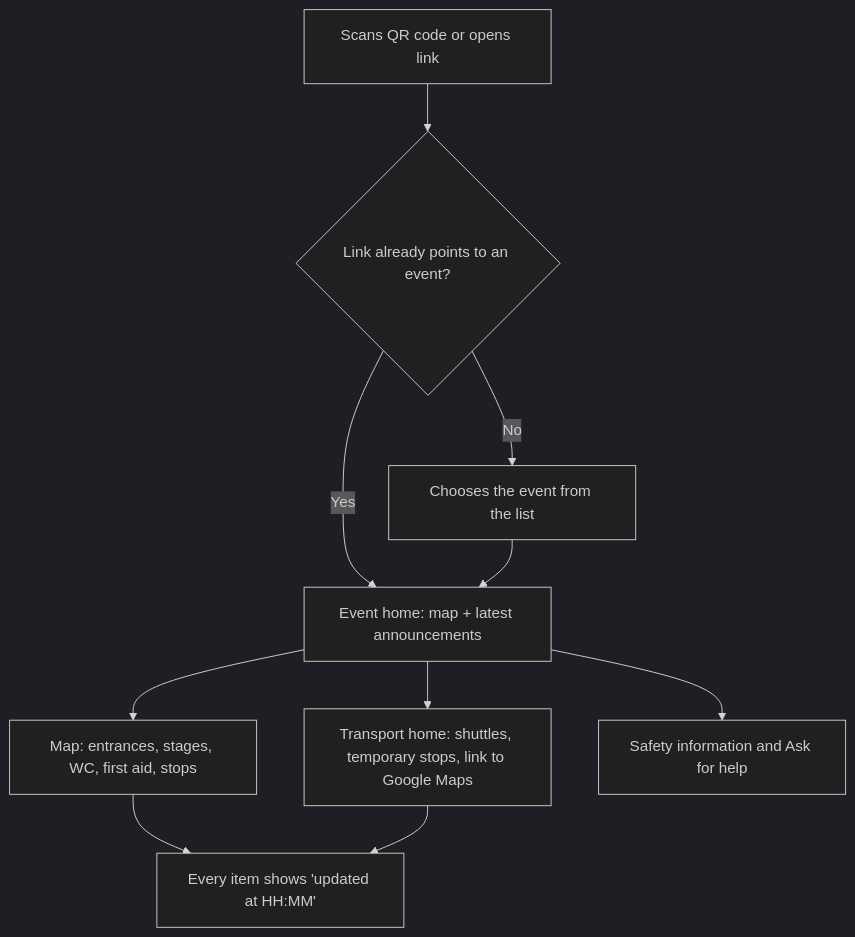
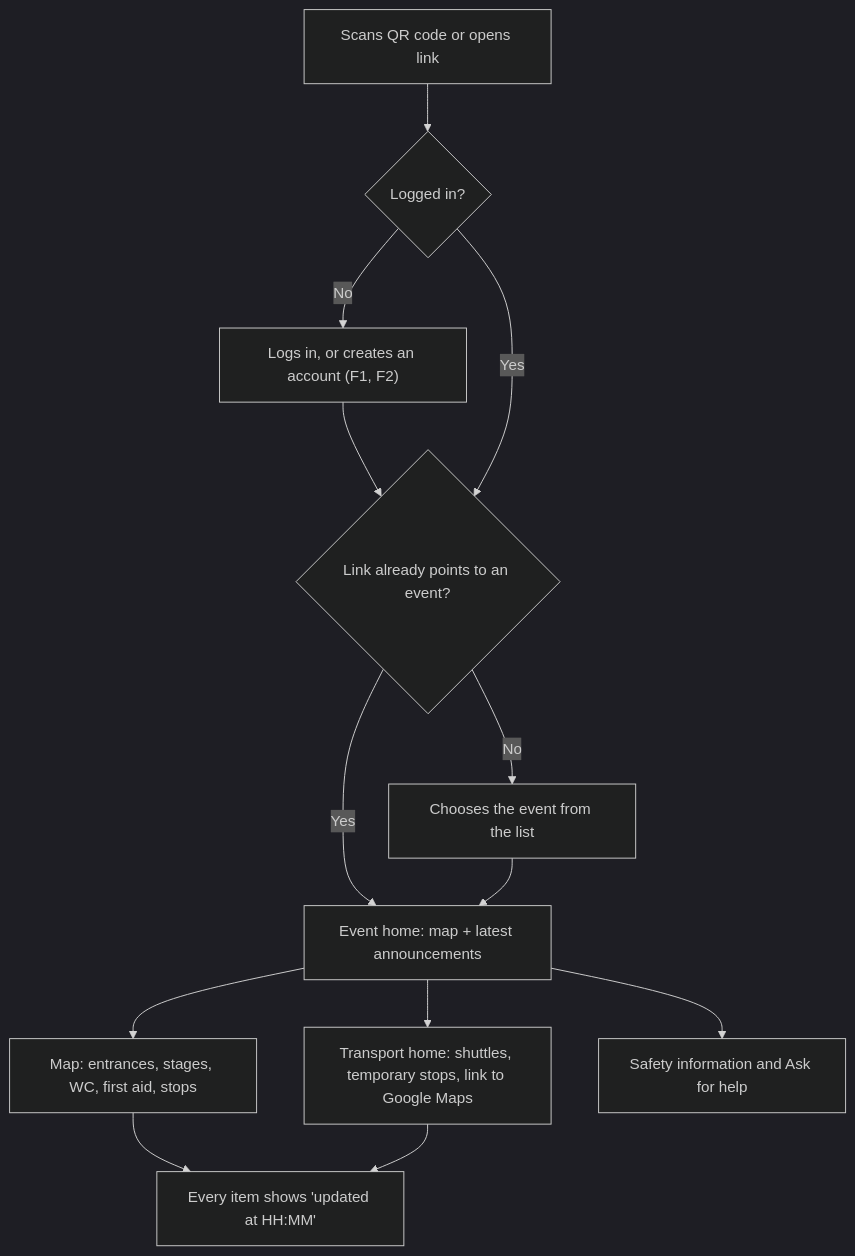
Before and after one commit to tomasoliveira21/LABDSOF: the first of 8 diagrams in Docs/Product/user-workflows.md, drawn with Mermaid (dark theme). The commit also changed other lines of this file and 14 other files, not shown here.

````diff
--- a/Docs/Product/user-workflows.md
+++ b/Docs/Product/user-workflows.md
@@ -28,11 +29,13 @@
 ```mermaid
 flowchart TD
-    A["Scans QR code or opens link"] --> B{"Link already points to an event?"}
+    A["Scans QR code or opens link"] --> L{"Logged in?"}
+    L -- No --> M["Logs in, or creates an account (F1, F2)"] --> B
+    L -- Yes --> B{"Link already points to an event?"}
     B -- Yes --> D["Event home: map + latest announcements"]
     B -- No --> C["Chooses the event from the list"] --> D
     D --> E["Map: entrances, stages, WC, first aid, stops"]
     D --> F["Transport home: shuttles, temporary stops, link to Google Maps"]
     D --> G["Safety information and Ask for help"]
     E --> H["Every item shows 'updated at HH:MM'"]
     F --> H
 ```
````
